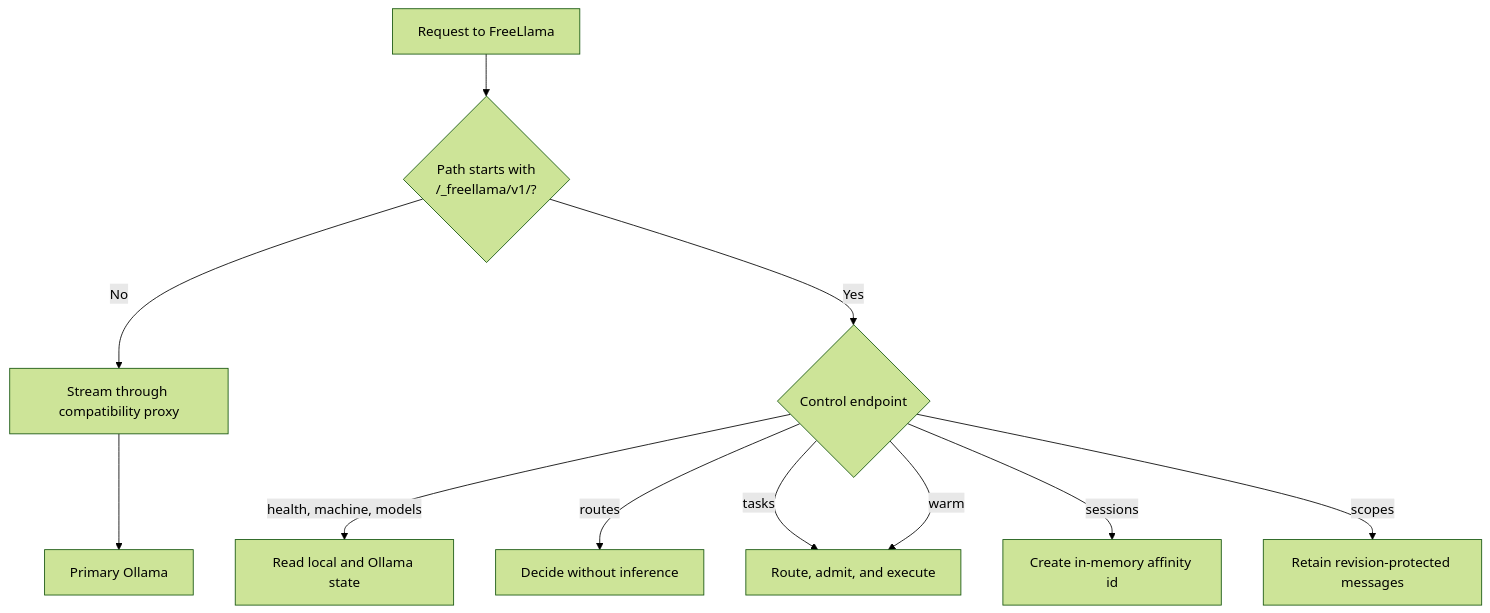
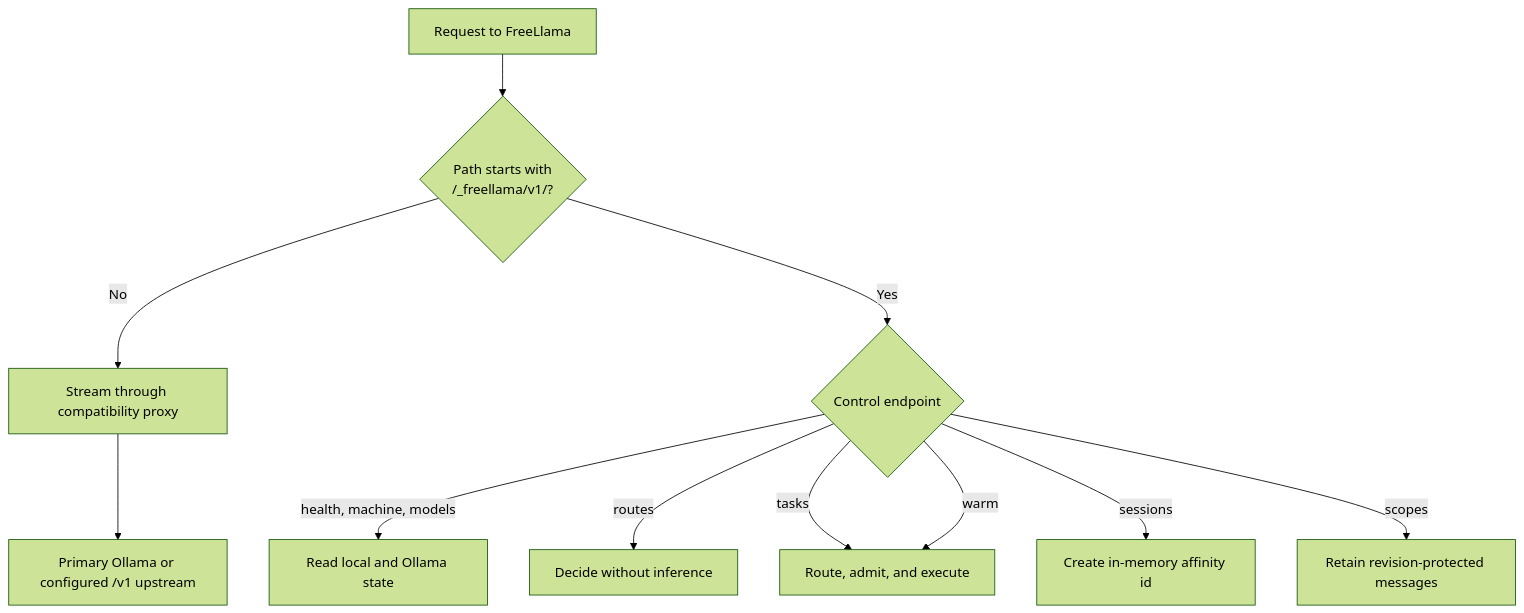
One commit to bgauryy/FreeLlama changed the third of 9 diagrams in docs/ARCHITECTURE.md. Above: the diagram before and after it, drawn with Mermaid (forest theme). The commit also changed other lines of this file and 166 other files, not shown here.

````diff
--- a/docs/ARCHITECTURE.md
+++ b/docs/ARCHITECTURE.md
@@ -119,13 +128,13 @@
 ```mermaid
 flowchart TD
     IN["Request to FreeLlama"] --> P{"Path starts with<br/>/_freellama/v1/?"}
     P -->|"No"| RAW["Stream through compatibility proxy"]
-    RAW --> PRIMARY["Primary Ollama"]
+    RAW --> PRIMARY["Primary Ollama or configured /v1 upstream"]
     P -->|"Yes"| C{"Control endpoint"}
     C -->|"health, machine, models"| READ["Read local and Ollama state"]
     C -->|"routes"| DECIDE["Decide without inference"]
     C -->|"tasks"| RUN["Route, admit, and execute"]
     C -->|"sessions"| SESSION["Create in-memory affinity id"]
     C -->|"scopes"| SCOPES["Retain revision-protected messages"]
     C -->|"warm"| RUN
 ```
````
